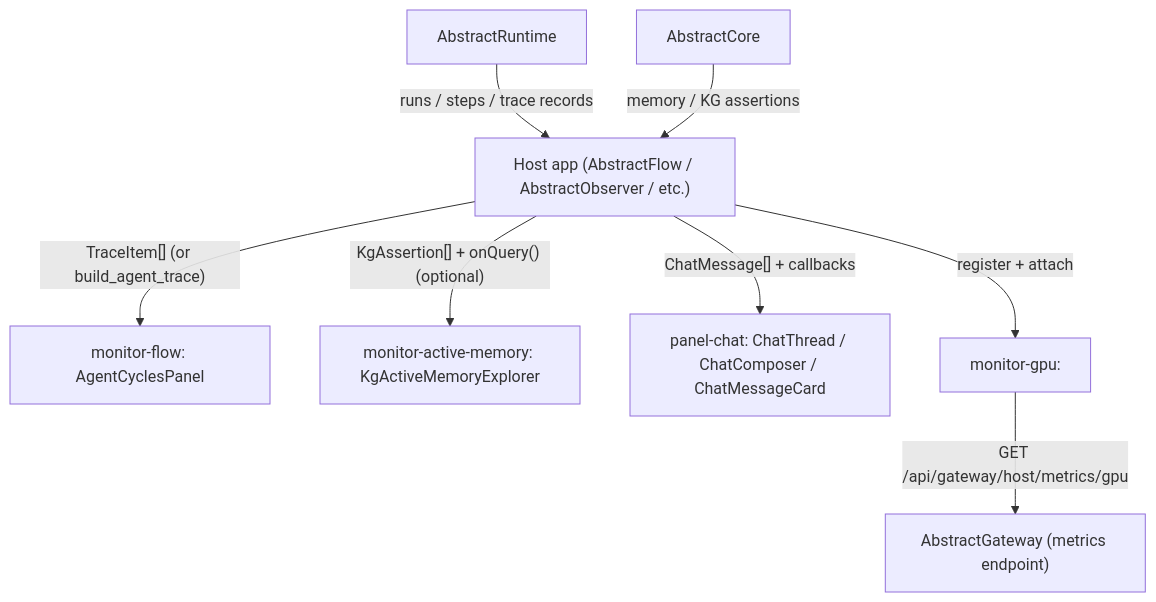
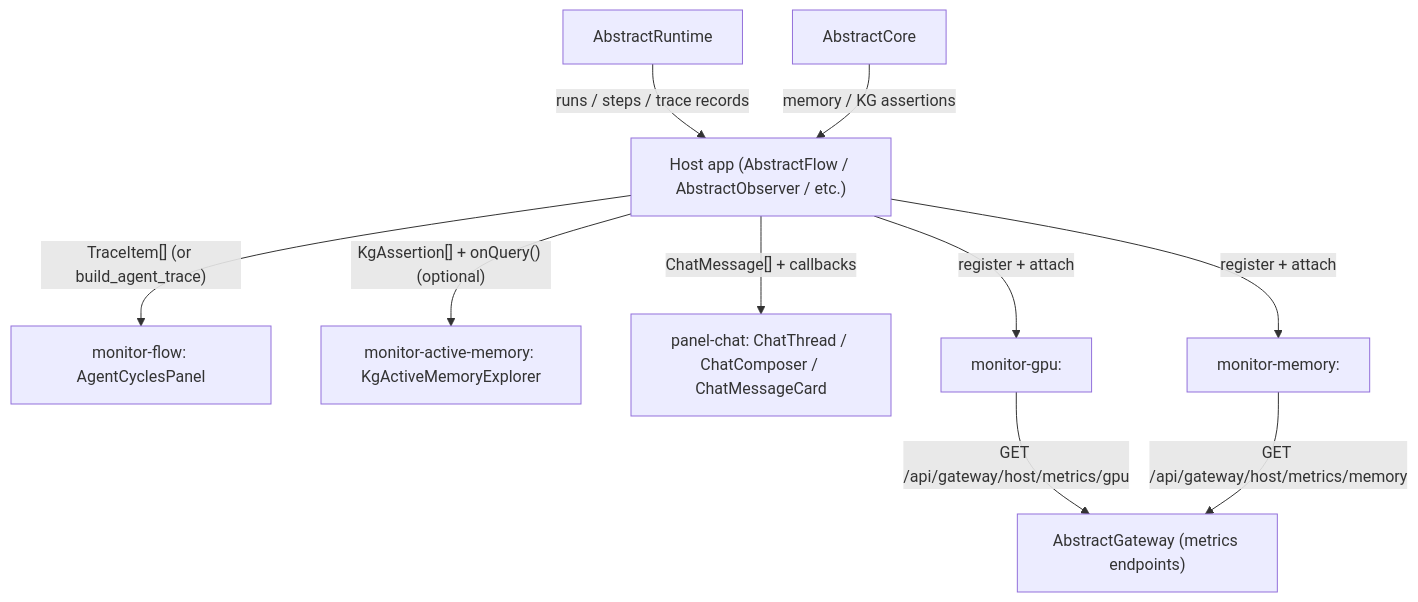
One commit to lpalbou/AbstractUIC changed the second of 3 diagrams in docs/architecture.md. Above: the diagram before and after it, drawn with Mermaid. The commit also changed other lines of this file and 21 other files, not shown here.

````diff
--- a/docs/architecture.md
+++ b/docs/architecture.md
@@ -48,16 +49,19 @@
 ```mermaid
 flowchart TD
   Runtime["AbstractRuntime"]
   Core["AbstractCore"]
   Host["Host app (AbstractFlow / AbstractObserver / etc.)"]
 
   Runtime -->|"runs / steps / trace records"| Host
   Core -->|"memory / KG assertions"| Host
 
   Host -->|"TraceItem[] (or build_agent_trace)"| FlowPanel["monitor-flow: AgentCyclesPanel"]
   Host -->|"KgAssertion[] + onQuery() (optional)"| AMXPanel["monitor-active-memory: KgActiveMemoryExplorer"]
   Host -->|"ChatMessage[] + callbacks"| ChatUI["panel-chat: ChatThread / ChatComposer / ChatMessageCard"]
 
   Host -->|"register + attach <monitor-gpu>"| GPUWidget["monitor-gpu: <monitor-gpu>"]
-  GPUWidget -->|"GET /api/gateway/host/metrics/gpu"| Metrics["AbstractGateway (metrics endpoint)"]
+  GPUWidget -->|"GET /api/gateway/host/metrics/gpu"| Metrics["AbstractGateway (metrics endpoints)"]
+
+  Host -->|"register + attach <monitor-memory>"| MemWidget["monitor-memory: <monitor-memory>"]
+  MemWidget -->|"GET /api/gateway/host/metrics/memory"| Metrics
 ```
````
